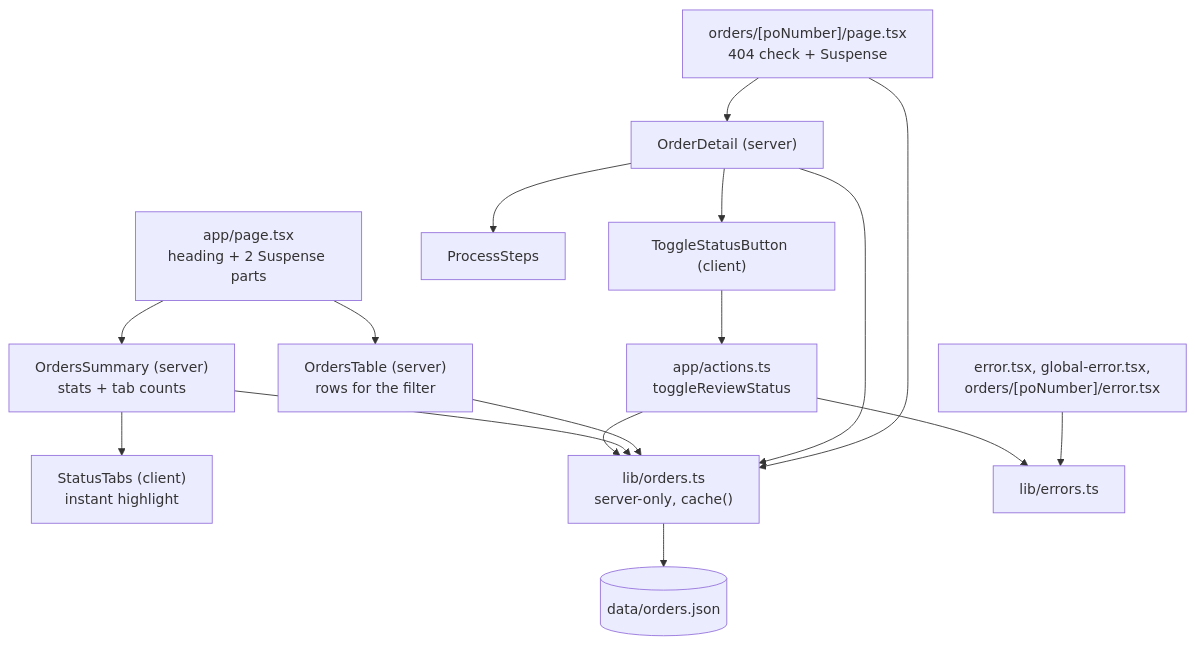
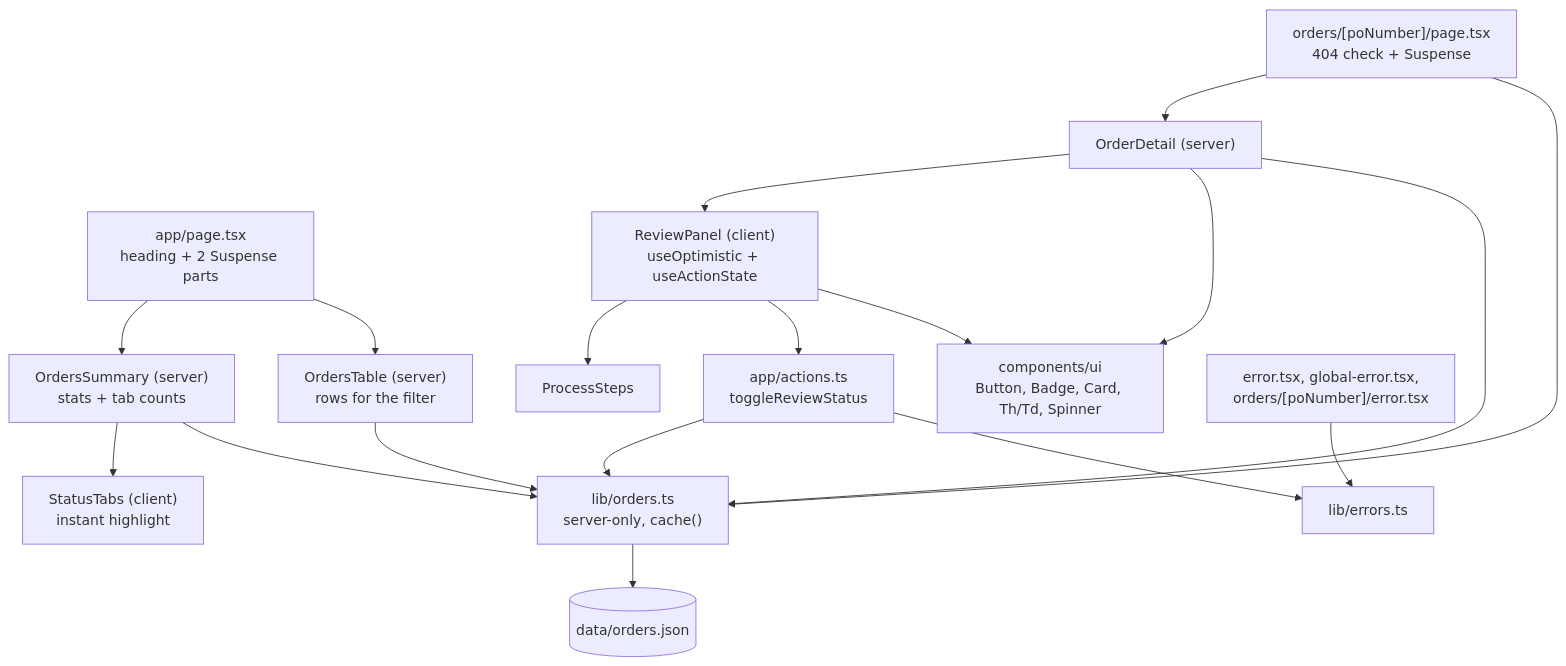
One commit to TRUPALIX9/bhf-take-home changed the third of 10 diagrams in docs/DESIGN.md. Above: the diagram before and after it, drawn with Mermaid. The commit also changed other lines of this file and 30 other files, not shown here.

First line of the commit message:
Design system, animated optimistic review flow, README screenshots

````diff
--- a/docs/DESIGN.md
+++ b/docs/DESIGN.md
@@ -54,18 +54,21 @@
 ```mermaid
 flowchart TD
   List["app/page.tsx<br/>heading + 2 Suspense parts"] --> Summary["OrdersSummary (server)<br/>stats + tab counts"]
   List --> Table["OrdersTable (server)<br/>rows for the filter"]
   Summary --> Tabs["StatusTabs (client)<br/>instant highlight"]
   Detail["orders/[poNumber]/page.tsx<br/>404 check + Suspense"] --> OD["OrderDetail (server)"]
-  OD --> Steps["ProcessSteps"]
-  OD --> Toggle["ToggleStatusButton (client)"]
-  Toggle --> Action["app/actions.ts<br/>toggleReviewStatus"]
+  Steps["ProcessSteps"]
+  OD --> Review["ReviewPanel (client)<br/>useOptimistic + useActionState"]
+  Review --> Steps
+  Review --> Action["app/actions.ts<br/>toggleReviewStatus"]
+  OD --> UI["components/ui<br/>Button, Badge, Card, Th/Td, Spinner"]
+  Review --> UI
   Action --> Orders["lib/orders.ts<br/>server-only, cache()"]
   Summary --> Orders
   Table --> Orders
   OD --> Orders
   Detail --> Orders
   Action --> Errors["lib/errors.ts"]
   Boundaries["error.tsx, global-error.tsx,<br/>orders/[poNumber]/error.tsx"] --> Errors
   Orders --> Seed[("data/orders.json")]
 ```
````
